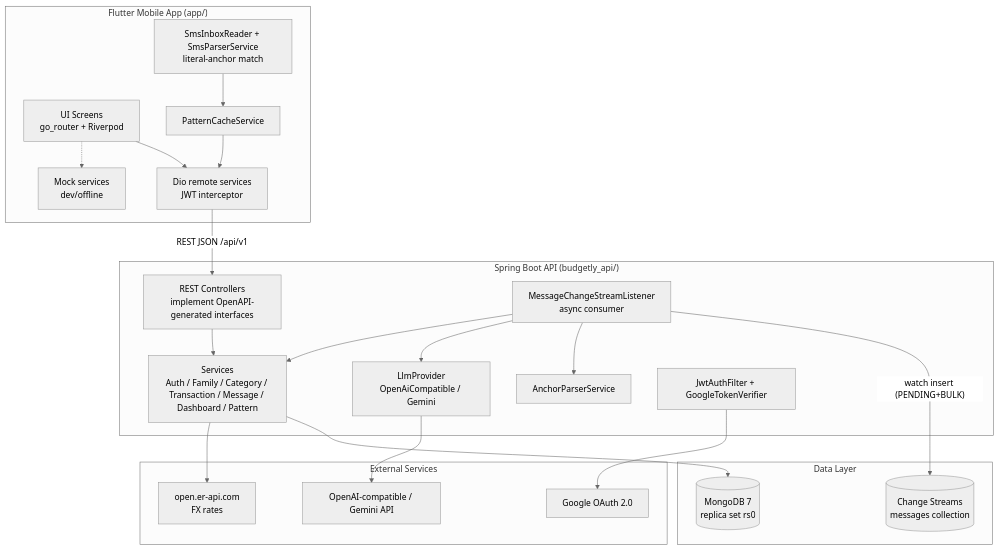
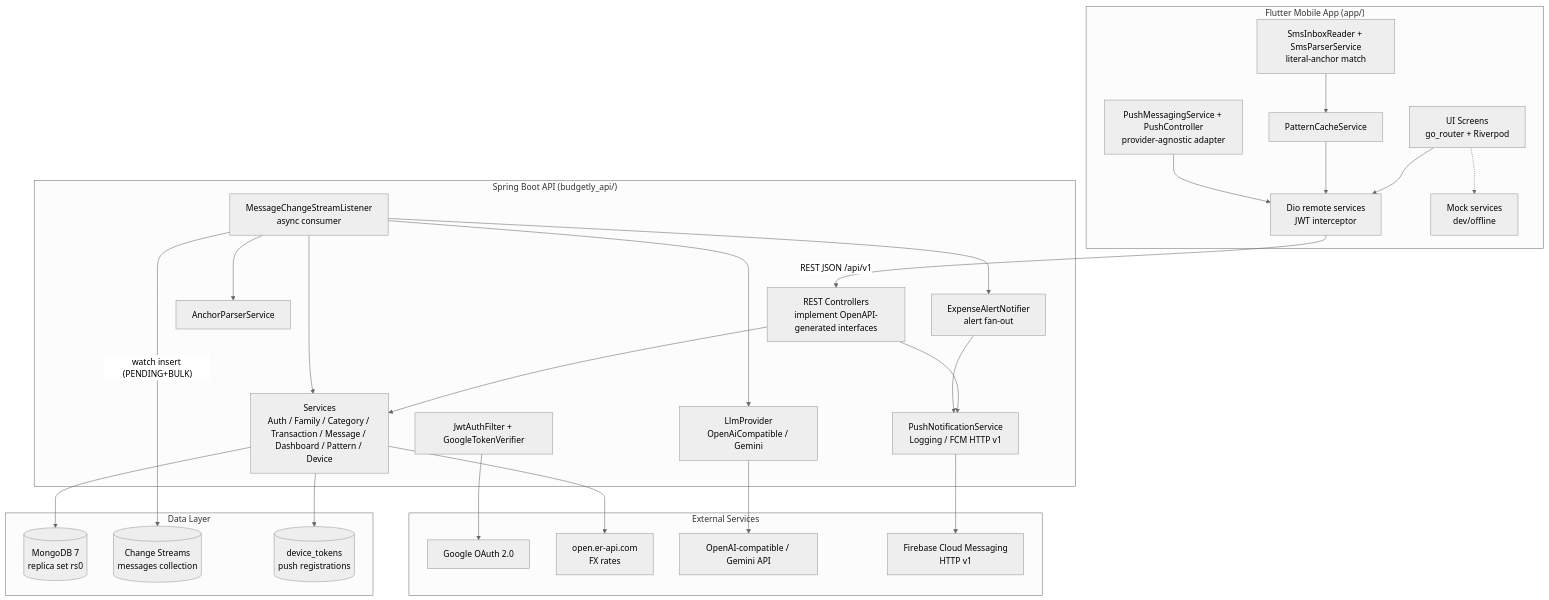
The first of 10 diagrams in design.md (jayy2kok/budgetly), drawn with Mermaid (neutral theme) before and after one commit. The commit also changed other lines of this file and 4 other files, not shown here.

First line of the commit message:
docs: sync push notifications across requirements, design, ERD, TODO, ADR

````diff
--- a/design.md
+++ b/design.md
@@ -8,45 +8,56 @@
 ```mermaid
 flowchart TB
     subgraph Mobile["Flutter Mobile App (app/)"]
         UI[UI Screens<br/>go_router + Riverpod]
         PARSER[SmsInboxReader + SmsParserService<br/>literal-anchor match]
         CACHE[PatternCacheService]
         REMOTE[Dio remote services<br/>JWT interceptor]
         MOCK[Mock services<br/>dev/offline]
+        PUSH[PushMessagingService + PushController<br/>provider-agnostic adapter]
     end
 
     subgraph API["Spring Boot API (budgetly_api/)"]
         CTRL[REST Controllers<br/>implement OpenAPI-generated interfaces]
-        SVC[Services<br/>Auth / Family / Category / Transaction / Message / Dashboard / Pattern]
+        SVC[Services<br/>Auth / Family / Category / Transaction / Message / Dashboard / Pattern / Device]
         LISTENER[MessageChangeStreamListener<br/>async consumer]
         ANCHOR[AnchorParserService]
         LLM["LlmProvider<br/>OpenAiCompatible / Gemini"]
         SEC[JwtAuthFilter + GoogleTokenVerifier]
+        PUSHSVC[PushNotificationService<br/>Logging / FCM HTTP v1]
+        ALERT[ExpenseAlertNotifier<br/>alert fan-out]
     end
 
     subgraph Data["Data Layer"]
         MONGO[(MongoDB 7<br/>replica set rs0)]
         STREAM[(Change Streams<br/>messages collection)]
+        TOKENS[(device_tokens<br/>push registrations)]
     end
 
     subgraph Ext["External Services"]
         GOOGLE[Google OAuth 2.0]
         RATES[open.er-api.com<br/>FX rates]
         LLMAPI[OpenAI-compatible / Gemini API]
+        FCM[Firebase Cloud Messaging<br/>HTTP v1]
     end
 
     UI --> REMOTE
     UI -.-> MOCK
     PARSER --> CACHE
     CACHE --> REMOTE
+    PUSH --> REMOTE
     REMOTE -- "REST JSON /api/v1" --> CTRL
     CTRL --> SVC
     SVC --> MONGO
+    SVC --> TOKENS
     LISTENER -- "watch insert (PENDING+BULK)" --> STREAM
     LISTENER --> ANCHOR
     LISTENER --> LLM
     LISTENER --> SVC
     SEC --> GOOGLE
     SVC --> RATES
     LLM --> LLMAPI
+    CTRL --> PUSHSVC
+    LISTENER --> ALERT
+    ALERT --> PUSHSVC
+    PUSHSVC --> FCM
 ```
````
